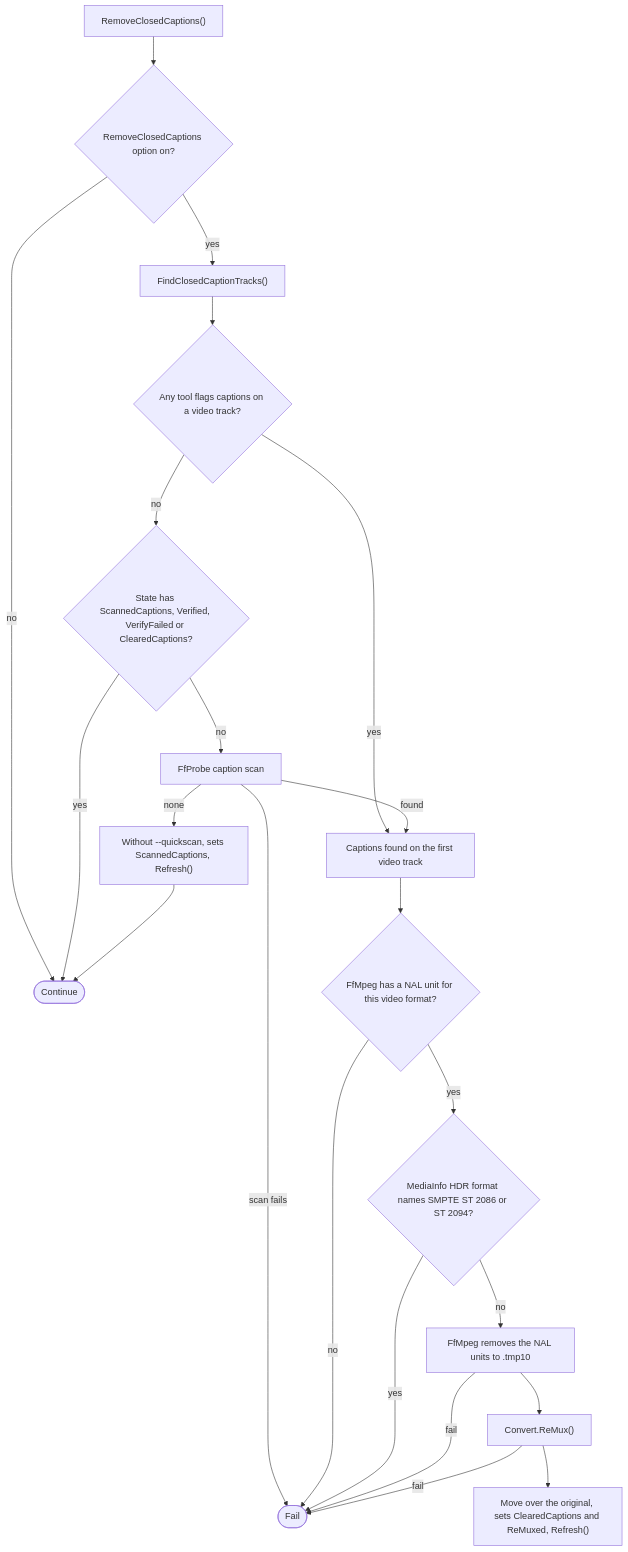
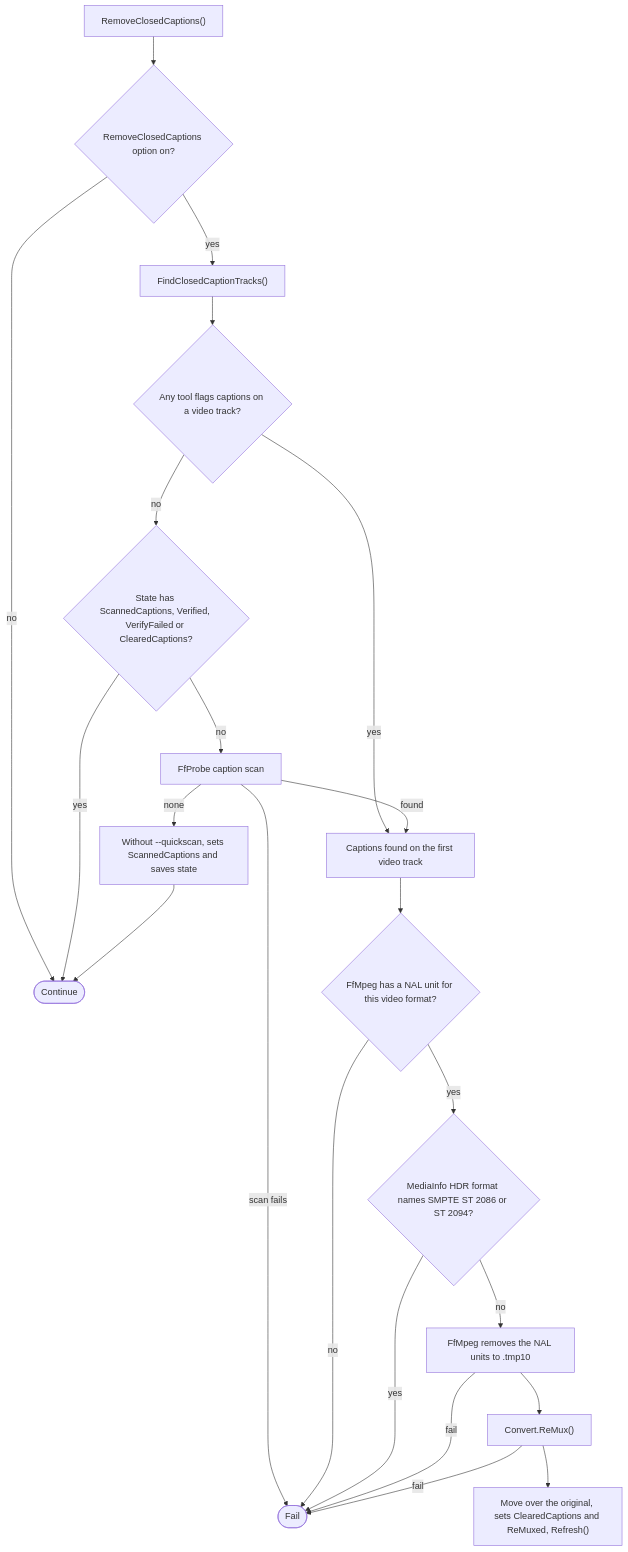
The seventh of 11 diagrams in ARCHITECTURE.md (ptr727/PlexCleaner), drawn with Mermaid before and after one commit. The commit also changed other lines of this file and 2 other files, not shown here.

First line of the commit message:
Save State Without Probing When Sidecar Files Are Off

````diff
--- a/ARCHITECTURE.md
+++ b/ARCHITECTURE.md
@@ -516,24 +516,24 @@
 ```mermaid
 flowchart TD
   A0["RemoveClosedCaptions()"] --> A1{"RemoveClosedCaptions option on?"}
   A1 -->|no| AOK(["Continue"])
   A1 -->|yes| F0["FindClosedCaptionTracks()"]
   F0 --> F1{"Any tool flags captions on a video track?"}
   F1 -->|yes| FOUND
   F1 -->|no| F2{"State has ScannedCaptions, Verified, VerifyFailed or ClearedCaptions?"}
   F2 -->|yes| AOK
   F2 -->|no| F3["FfProbe caption scan"]
   F3 -->|scan fails| FAIL(["Fail"])
-  F3 -->|none| F4["Without --quickscan, sets ScannedCaptions, Refresh()"]
+  F3 -->|none| F4["Without --quickscan, sets ScannedCaptions and saves state"]
   F4 --> AOK
   F3 -->|found| FOUND["Captions found on the first video track"]
   FOUND --> C1{"FfMpeg has a NAL unit for this video format?"}
   C1 -->|no| FAIL
   C1 -->|yes| C2{"MediaInfo HDR format names SMPTE ST 2086 or ST 2094?"}
   C2 -->|yes| FAIL
   C2 -->|no| C3["FfMpeg removes the NAL units to .tmp10"]
   C3 -->|fail| FAIL
   C3 --> C4["Convert.ReMux()"]
   C4 -->|fail| FAIL
   C4 --> C5["Move over the original, sets ClearedCaptions and ReMuxed, Refresh()"]
 ```
````
